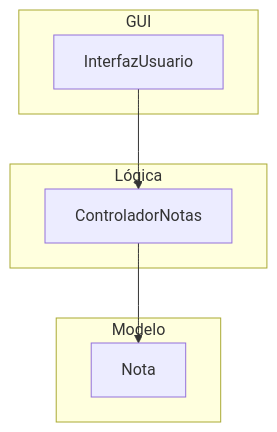
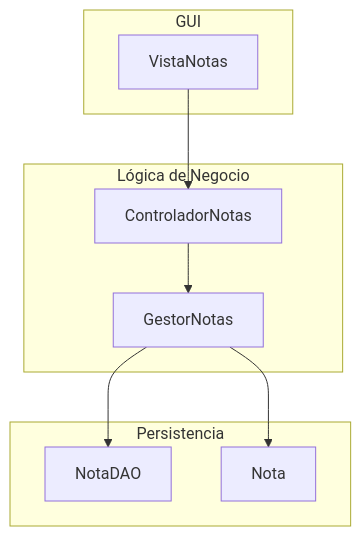
One commit to jangelmm/FlashNotes changed diagram 12 of 12 in README.md. Above: the diagram before and after it, drawn with Mermaid. The commit also changed other lines of this file and 12 other files, not shown here.

````diff
--- a/README.md
+++ b/README.md
@@ -544,17 +680,21 @@
 ```mermaid
-graph TB
+graph TD
     subgraph GUI
-        UI[InterfazUsuario]
+        VistaNotas[VistaNotas]
     end
 
-    subgraph Lógica
-        CN[ControladorNotas]
+    subgraph Lógica de Negocio
+        ControladorNotas[ControladorNotas]
+        GestorNotas[GestorNotas]
     end
 
-    subgraph Modelo
+    subgraph Persistencia
+        NotaDAO[NotaDAO]
         Nota[Nota]
     end
 
-    UI --> CN
-    CN --> Nota
+    VistaNotas --> ControladorNotas
+    ControladorNotas --> GestorNotas
+    GestorNotas --> Nota
+    GestorNotas --> NotaDAO
 ```
````
